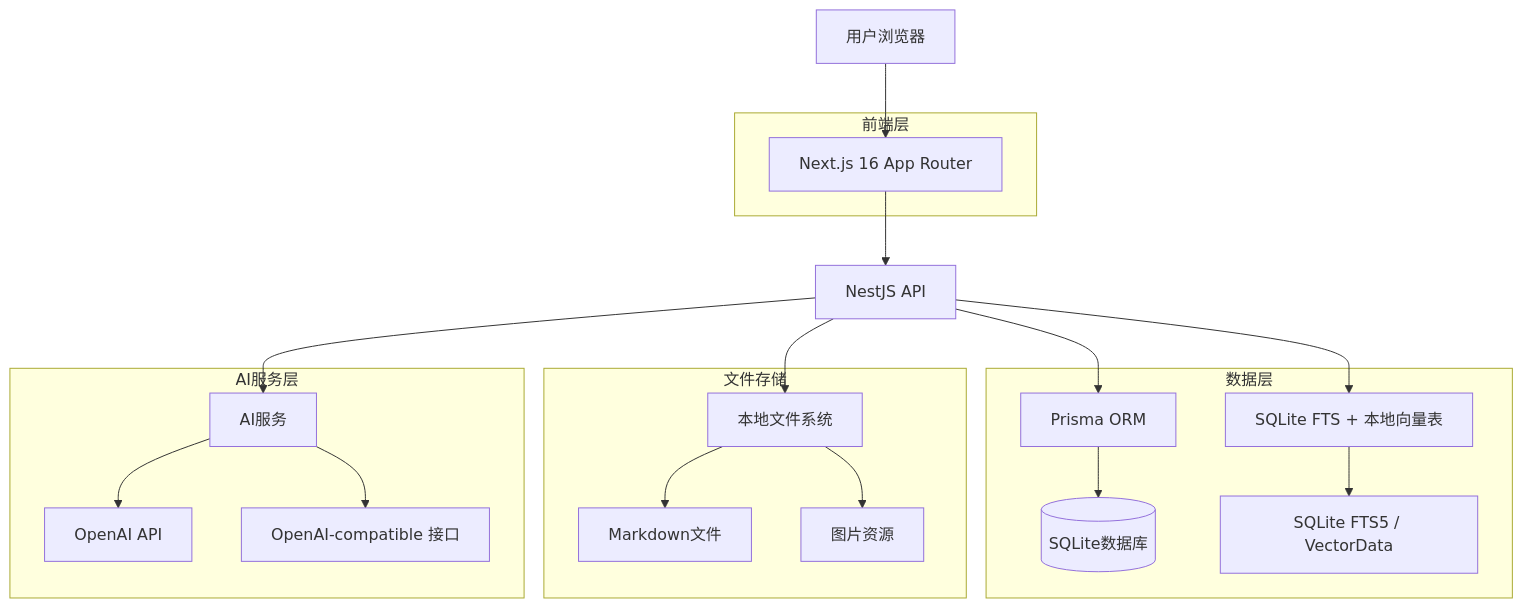
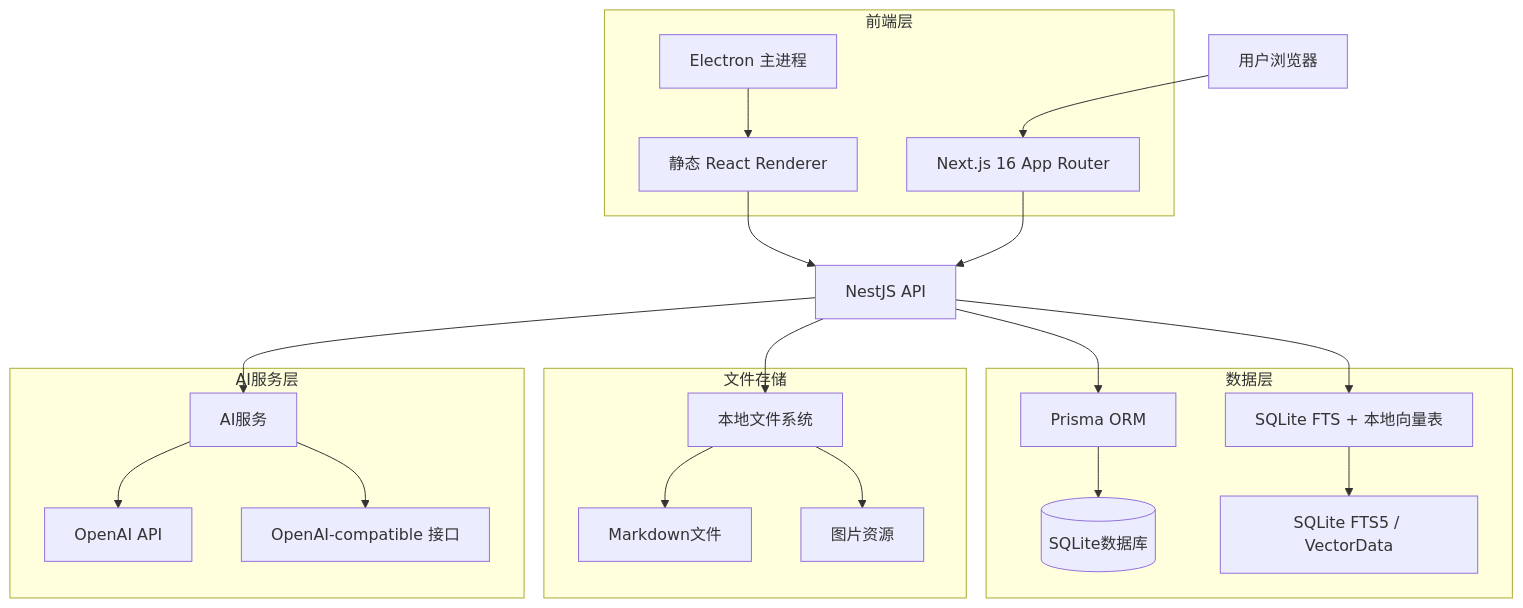
The first of 3 diagrams in docs/technical_architecture_document.md (xiaobuliukun/ai-rag), drawn with Mermaid before and after one commit. The commit also changed other lines of this file and 37 other files, not shown here.

````diff
--- a/docs/technical_architecture_document.md
+++ b/docs/technical_architecture_document.md
@@ -3,39 +3,43 @@
 ```mermaid
 graph TD
     A[用户浏览器] --> B[Next.js 16 App Router]
+    U[Electron 主进程] --> V[静态 React Renderer]
+    V --> N
     B --> N[NestJS API]
     N --> C[Prisma ORM]
     N --> D[本地文件系统]
     N --> E[SQLite FTS + 本地向量表]
     N --> F[AI服务]
     
     subgraph "前端层"
         B
+        U
+        V
     end
     
     subgraph "数据层"
         C
         G[(SQLite数据库)]
         E
         H[SQLite FTS5 / VectorData]
     end
     
     subgraph "文件存储"
         D
         I[Markdown文件]
         J[图片资源]
     end
     
     subgraph "AI服务层"
         F
         K[OpenAI API]
         L[OpenAI-compatible 接口]
     end
     
     C --> G
     E --> H
     D --> I
     D --> J
     F --> K
     F --> L
 ```
````
